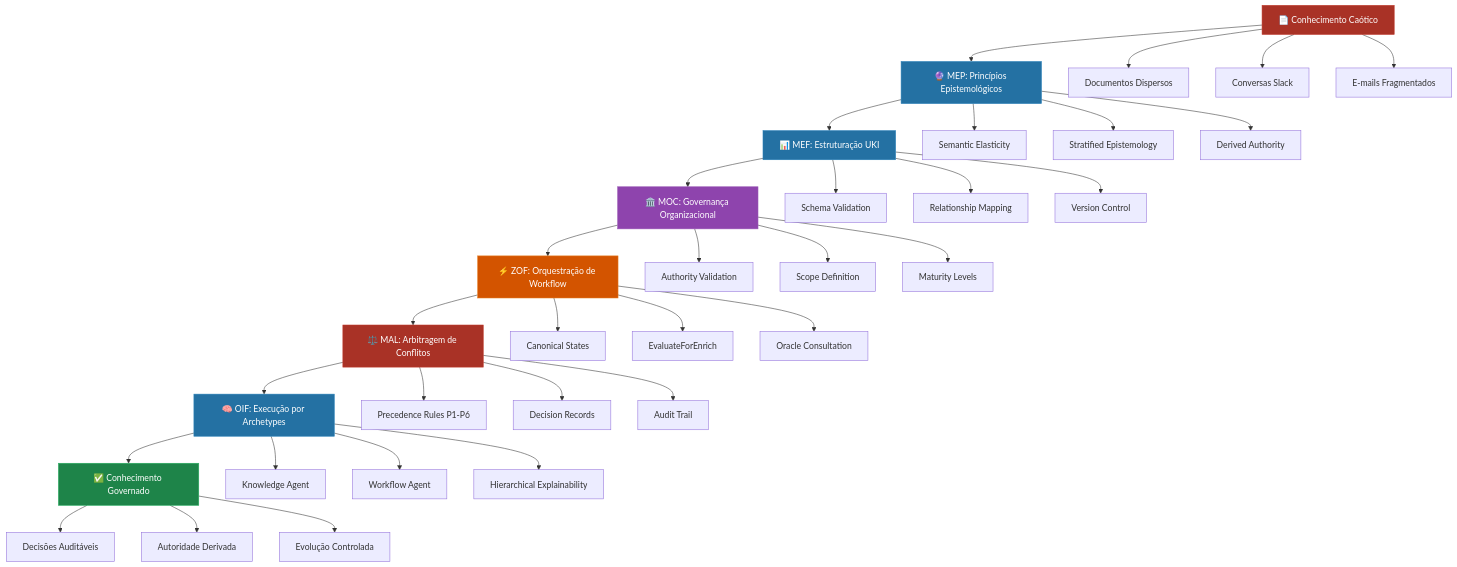
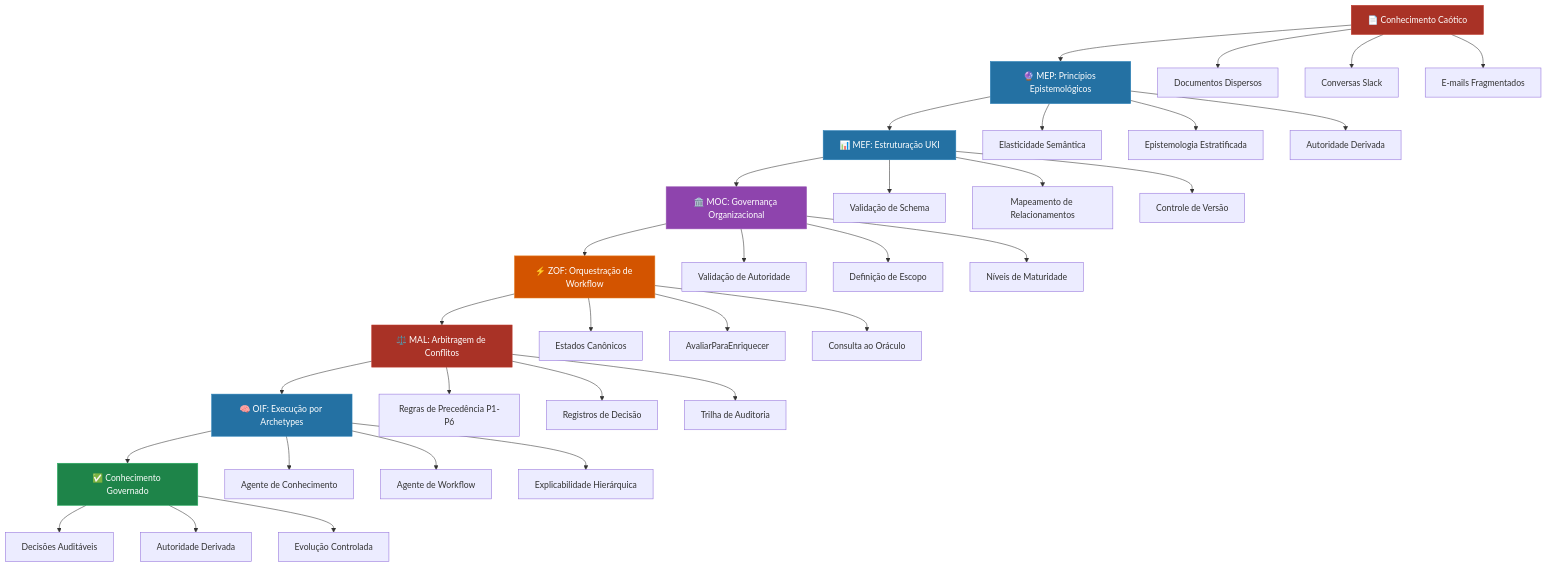
The first of 3 diagrams in content/pt/docs/examples/conceptual-roadmaps.md (casheiro/matrix-protocol), drawn with Mermaid before and after one commit. The commit also changed 5 other files, not shown here.

````diff
--- a/content/pt/docs/examples/conceptual-roadmaps.md
+++ b/content/pt/docs/examples/conceptual-roadmaps.md
@@ -36,51 +36,51 @@
 ```mermaid
 graph TD
     A[📄 Conhecimento Caótico] --> B[🔮 MEP: Princípios Epistemológicos]
     A --> A1[Documentos Dispersos]
     A --> A2[Conversas Slack]
     A --> A3[E-mails Fragmentados]
     
     B --> C[📊 MEF: Estruturação UKI]
-    B --> B1[Semantic Elasticity]
-    B --> B2[Stratified Epistemology]
-    B --> B3[Derived Authority]
+    B --> B1[Elasticidade Semântica]
+    B --> B2[Epistemologia Estratificada]
+    B --> B3[Autoridade Derivada]
     
     C --> D[🏛️ MOC: Governança Organizacional]
-    C --> C1[Schema Validation]
-    C --> C2[Relationship Mapping]
-    C --> C3[Version Control]
+    C --> C1[Validação de Schema]
+    C --> C2[Mapeamento de Relacionamentos]
+    C --> C3[Controle de Versão]
     
     D --> E[⚡ ZOF: Orquestração de Workflow]
-    D --> D1[Authority Validation]
-    D --> D2[Scope Definition]
-    D --> D3[Maturity Levels]
+    D --> D1[Validação de Autoridade]
+    D --> D2[Definição de Escopo]
+    D --> D3[Níveis de Maturidade]
     
     E --> F[⚖️ MAL: Arbitragem de Conflitos]
-    E --> E1[Canonical States]
-    E --> E2[EvaluateForEnrich]
-    E --> E3[Oracle Consultation]
+    E --> E1[Estados Canônicos]
+    E --> E2[AvaliarParaEnriquecer]
+    E --> E3[Consulta ao Oráculo]
     
     F --> G[🧠 OIF: Execução por Archetypes]
-    F --> F1[Precedence Rules P1-P6]
-    F --> F2[Decision Records]
-    F --> F3[Audit Trail]
+    F --> F1[Regras de Precedência P1-P6]
+    F --> F2[Registros de Decisão]
+    F --> F3[Trilha de Auditoria]
     
     G --> H[✅ Conhecimento Governado]
-    G --> G1[Knowledge Agent]
-    G --> G2[Workflow Agent]
-    G --> G3[Hierarchical Explainability]
+    G --> G1[Agente de Conhecimento]
+    G --> G2[Agente de Workflow]
+    G --> G3[Explicabilidade Hierárquica]
     
     H --> H1[Decisões Auditáveis]
     H --> H2[Autoridade Derivada]
     H --> H3[Evolução Controlada]
     
     %% Roadmap conceitual - Progressão evolutiva
     style A fill:#A93226,stroke:#C0392B,color:#fff
     style B fill:#2471A3,stroke:#2980B9,color:#fff
     style C fill:#2471A3,stroke:#2980B9,color:#fff
     style D fill:#8E44AD,stroke:#9B59B6,color:#fff
     style E fill:#D35400,stroke:#E67E22,color:#fff
     style F fill:#A93226,stroke:#C0392B,color:#fff
     style G fill:#2471A3,stroke:#2980B9,color:#fff
     style H fill:#1E8449,stroke:#27AE60,color:#fff
 ```
````
